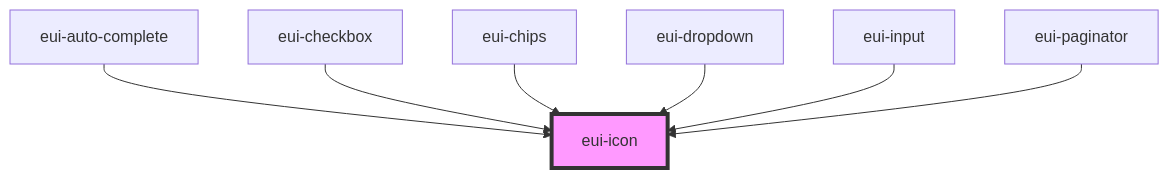
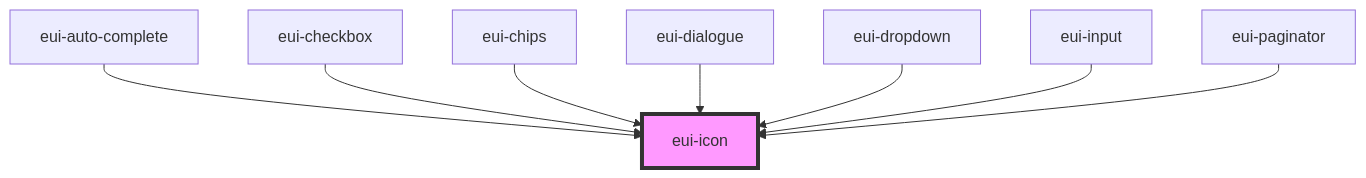
One commit to pnd-amirhosein/U_and_I changed the diagram in ensemble-ui/src/components/icon/readme.md. Above: the diagram before and after it, drawn with Mermaid. The commit also changed other lines of this file and 15 other files, not shown here.

````diff
--- a/ensemble-ui/src/components/icon/readme.md
+++ b/ensemble-ui/src/components/icon/readme.md
@@ -28,10 +29,11 @@
 ```mermaid
 graph TD;
   eui-auto-complete --> eui-icon
   eui-checkbox --> eui-icon
   eui-chips --> eui-icon
+  eui-dialogue --> eui-icon
   eui-dropdown --> eui-icon
   eui-input --> eui-icon
   eui-paginator --> eui-icon
   style eui-icon fill:#f9f,stroke:#333,stroke-width:4px
 ```
````
